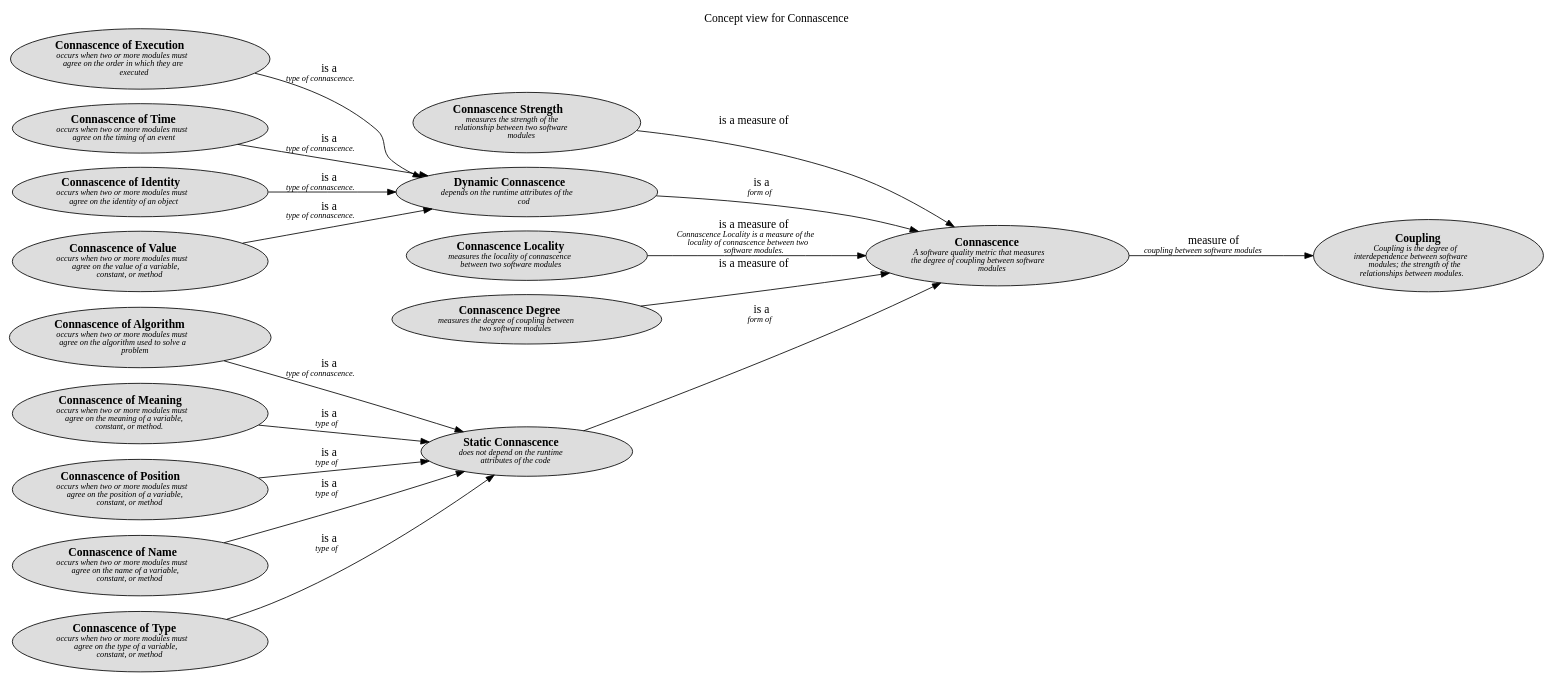
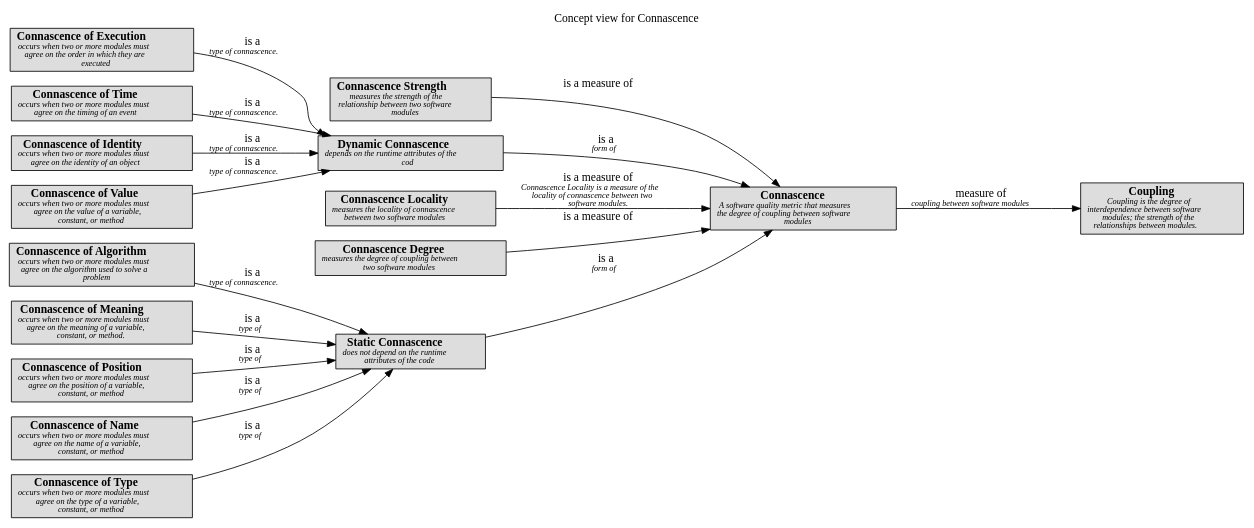
The diagram in docs/software-development/complexity/connascence/concept-view.dot (lsolbach/overarch-models), drawn with Graphviz before and after one commit. The commit also changed 57 other files, not shown here.

```diff
--- a/docs/software-development/complexity/connascence/concept-view.dot
+++ b/docs/software-development/complexity/connascence/concept-view.dot
@@ -1,42 +1,42 @@
 digraph "Concept view for Connascence" {
   labelloc= "t"
   label="Concept view for Connascence"
   rankdir="LR"
 
   layout=dot
-software_development_complexity_connascence__static_connascence [shape=ellipse style=filled fillcolor="#dddddd" label=<<B>Static Connascence</B><BR/><FONT POINT-SIZE="10"><I>does not depend on the runtime<BR/>attributes of the code </I></FONT>>]
-software_development_complexity_connascence__connascence_of_algorithm [shape=ellipse style=filled fillcolor="#dddddd" label=<<B>Connascence of Algorithm</B><BR/><FONT POINT-SIZE="10"><I>occurs when two or more modules must<BR/>agree on the algorithm used to solve a<BR/>problem </I></FONT>>]
-software_development_complexity__coupling [shape=ellipse style=filled fillcolor="#dddddd" label=<<B> Coupling </B><BR/><FONT POINT-SIZE="10"><I> Coupling is the degree of<BR/>interdependence between software<BR/>modules; the strength of the<BR/>relationships between modules. </I></FONT>>]
-software_development_complexity_connascence__connascence_strength [shape=ellipse style=filled fillcolor="#dddddd" label=<<B>Connascence Strength</B><BR/><FONT POINT-SIZE="10"><I>measures the strength of the<BR/>relationship between two software<BR/>modules </I></FONT>>]
-software_development_complexity_connascence__connascence_of_meaning [shape=ellipse style=filled fillcolor="#dddddd" label=<<B>Connascence of Meaning</B><BR/><FONT POINT-SIZE="10"><I>occurs when two or more modules must<BR/>agree on the meaning of a variable,<BR/>constant, or method. </I></FONT>>]
-software_development_complexity_connascence__dynamic_connascence [shape=ellipse style=filled fillcolor="#dddddd" label=<<B>Dynamic Connascence</B><BR/><FONT POINT-SIZE="10"><I>depends on the runtime attributes of the<BR/>cod </I></FONT>>]
-software_development_complexity_connascence__connascence_of_position [shape=ellipse style=filled fillcolor="#dddddd" label=<<B>Connascence of Position</B><BR/><FONT POINT-SIZE="10"><I>occurs when two or more modules must<BR/>agree on the position of a variable,<BR/>constant, or method </I></FONT>>]
-software_development_complexity_connascence__connascence_locality [shape=ellipse style=filled fillcolor="#dddddd" label=<<B>Connascence Locality</B><BR/><FONT POINT-SIZE="10"><I>measures the locality of connascence<BR/>between two software modules </I></FONT>>]
-software_development_complexity_connascence__connascence_of_name [shape=ellipse style=filled fillcolor="#dddddd" label=<<B>Connascence of Name</B><BR/><FONT POINT-SIZE="10"><I>occurs when two or more modules must<BR/>agree on the name of a variable,<BR/>constant, or method </I></FONT>>]
-software_development_complexity_connascence__connascence_degree [shape=ellipse style=filled fillcolor="#dddddd" label=<<B>Connascence Degree</B><BR/><FONT POINT-SIZE="10"><I>measures the degree of coupling between<BR/>two software modules </I></FONT>>]
-software_development_complexity_connascence__connascence_of_type [shape=ellipse style=filled fillcolor="#dddddd" label=<<B>Connascence of Type</B><BR/><FONT POINT-SIZE="10"><I>occurs when two or more modules must<BR/>agree on the type of a variable,<BR/>constant, or method </I></FONT>>]
-software_development_complexity_connascence__connascence_of_execution [shape=ellipse style=filled fillcolor="#dddddd" label=<<B>Connascence of Execution</B><BR/><FONT POINT-SIZE="10"><I>occurs when two or more modules must<BR/>agree on the order in which they are<BR/>executed </I></FONT>>]
-software_development_complexity_connascence__connascence_of_time [shape=ellipse style=filled fillcolor="#dddddd" label=<<B>Connascence of Time</B><BR/><FONT POINT-SIZE="10"><I>occurs when two or more modules must<BR/>agree on the timing of an event </I></FONT>>]
-software_development_complexity_connascence__connascence_of_identity [shape=ellipse style=filled fillcolor="#dddddd" label=<<B>Connascence of Identity</B><BR/><FONT POINT-SIZE="10"><I>occurs when two or more modules must<BR/>agree on the identity of an object </I></FONT>>]
-software_development_complexity_connascence__connascence_of_value [shape=ellipse style=filled fillcolor="#dddddd" label=<<B>Connascence of Value</B><BR/><FONT POINT-SIZE="10"><I>occurs when two or more modules must<BR/>agree on the value of a variable,<BR/>constant, or method </I></FONT>>]
-software_development_complexity_connascence__connascence [shape=ellipse style=filled fillcolor="#dddddd" label=<<B>Connascence</B><BR/><FONT POINT-SIZE="10"><I>A software quality metric that measures<BR/>the degree of coupling between software<BR/>modules </I></FONT>>]
+software_development_complexity_connascence__static_connascence [shape=box style=filled fillcolor="#dddddd" label=<<B>Static Connascence</B><BR/><FONT POINT-SIZE="10"><I>does not depend on the runtime<BR/>attributes of the code </I></FONT>>]
+software_development_complexity_connascence__connascence_of_algorithm [shape=box style=filled fillcolor="#dddddd" label=<<B>Connascence of Algorithm</B><BR/><FONT POINT-SIZE="10"><I>occurs when two or more modules must<BR/>agree on the algorithm used to solve a<BR/>problem </I></FONT>>]
+software_development_complexity__coupling [shape=box style=filled fillcolor="#dddddd" label=<<B> Coupling </B><BR/><FONT POINT-SIZE="10"><I> Coupling is the degree of<BR/>interdependence between software<BR/>modules; the strength of the<BR/>relationships between modules. </I></FONT>>]
+software_development_complexity_connascence__connascence_strength [shape=box style=filled fillcolor="#dddddd" label=<<B>Connascence Strength</B><BR/><FONT POINT-SIZE="10"><I>measures the strength of the<BR/>relationship between two software<BR/>modules </I></FONT>>]
+software_development_complexity_connascence__connascence_of_meaning [shape=box style=filled fillcolor="#dddddd" label=<<B>Connascence of Meaning</B><BR/><FONT POINT-SIZE="10"><I>occurs when two or more modules must<BR/>agree on the meaning of a variable,<BR/>constant, or method. </I></FONT>>]
+software_development_complexity_connascence__dynamic_connascence [shape=box style=filled fillcolor="#dddddd" label=<<B>Dynamic Connascence</B><BR/><FONT POINT-SIZE="10"><I>depends on the runtime attributes of the<BR/>cod </I></FONT>>]
+software_development_complexity_connascence__connascence_of_position [shape=box style=filled fillcolor="#dddddd" label=<<B>Connascence of Position</B><BR/><FONT POINT-SIZE="10"><I>occurs when two or more modules must<BR/>agree on the position of a variable,<BR/>constant, or method </I></FONT>>]
+software_development_complexity_connascence__connascence_locality [shape=box style=filled fillcolor="#dddddd" label=<<B>Connascence Locality</B><BR/><FONT POINT-SIZE="10"><I>measures the locality of connascence<BR/>between two software modules </I></FONT>>]
+software_development_complexity_connascence__connascence_of_name [shape=box style=filled fillcolor="#dddddd" label=<<B>Connascence of Name</B><BR/><FONT POINT-SIZE="10"><I>occurs when two or more modules must<BR/>agree on the name of a variable,<BR/>constant, or method </I></FONT>>]
+software_development_complexity_connascence__connascence_degree [shape=box style=filled fillcolor="#dddddd" label=<<B>Connascence Degree</B><BR/><FONT POINT-SIZE="10"><I>measures the degree of coupling between<BR/>two software modules </I></FONT>>]
+software_development_complexity_connascence__connascence_of_type [shape=box style=filled fillcolor="#dddddd" label=<<B>Connascence of Type</B><BR/><FONT POINT-SIZE="10"><I>occurs when two or more modules must<BR/>agree on the type of a variable,<BR/>constant, or method </I></FONT>>]
+software_development_complexity_connascence__connascence_of_execution [shape=box style=filled fillcolor="#dddddd" label=<<B>Connascence of Execution</B><BR/><FONT POINT-SIZE="10"><I>occurs when two or more modules must<BR/>agree on the order in which they are<BR/>executed </I></FONT>>]
+software_development_complexity_connascence__connascence_of_time [shape=box style=filled fillcolor="#dddddd" label=<<B>Connascence of Time</B><BR/><FONT POINT-SIZE="10"><I>occurs when two or more modules must<BR/>agree on the timing of an event </I></FONT>>]
+software_development_complexity_connascence__connascence_of_identity [shape=box style=filled fillcolor="#dddddd" label=<<B>Connascence of Identity</B><BR/><FONT POINT-SIZE="10"><I>occurs when two or more modules must<BR/>agree on the identity of an object </I></FONT>>]
+software_development_complexity_connascence__connascence_of_value [shape=box style=filled fillcolor="#dddddd" label=<<B>Connascence of Value</B><BR/><FONT POINT-SIZE="10"><I>occurs when two or more modules must<BR/>agree on the value of a variable,<BR/>constant, or method </I></FONT>>]
+software_development_complexity_connascence__connascence [shape=box style=filled fillcolor="#dddddd" label=<<B>Connascence</B><BR/><FONT POINT-SIZE="10"><I>A software quality metric that measures<BR/>the degree of coupling between software<BR/>modules </I></FONT>>]
  
 software_development_complexity_connascence__connascence_of_value -> software_development_complexity_connascence__dynamic_connascence [label=<is a<BR/><FONT POINT-SIZE="10"><I>type of connascence. </I></FONT>>]
 software_development_complexity_connascence__dynamic_connascence -> software_development_complexity_connascence__connascence [label=<is a<BR/><FONT POINT-SIZE="10"><I>form of </I></FONT>>]
 software_development_complexity_connascence__connascence_of_type -> software_development_complexity_connascence__static_connascence [label=<is a<BR/><FONT POINT-SIZE="10"><I>type of </I></FONT>>]
 software_development_complexity_connascence__connascence_of_name -> software_development_complexity_connascence__static_connascence [label=<is a<BR/><FONT POINT-SIZE="10"><I>type of </I></FONT>>]
 software_development_complexity_connascence__connascence_degree -> software_development_complexity_connascence__connascence [label=<is a measure of<BR/><FONT POINT-SIZE="10"><I> </I></FONT>>]
 software_development_complexity_connascence__connascence_of_algorithm -> software_development_complexity_connascence__static_connascence [label=<is a<BR/><FONT POINT-SIZE="10"><I>type of connascence. </I></FONT>>]
 software_development_complexity_connascence__connascence_of_meaning -> software_development_complexity_connascence__static_connascence [label=<is a<BR/><FONT POINT-SIZE="10"><I>type of </I></FONT>>]
 software_development_complexity_connascence__connascence_of_time -> software_development_complexity_connascence__dynamic_connascence [label=<is a<BR/><FONT POINT-SIZE="10"><I>type of connascence. </I></FONT>>]
 software_development_complexity_connascence__connascence -> software_development_complexity__coupling [label=<measure of<BR/><FONT POINT-SIZE="10"><I>coupling between software modules </I></FONT>>]
 software_development_complexity_connascence__static_connascence -> software_development_complexity_connascence__connascence [label=<is a<BR/><FONT POINT-SIZE="10"><I>form of </I></FONT>>]
 software_development_complexity_connascence__connascence_strength -> software_development_complexity_connascence__connascence [label=<is a measure of<BR/><FONT POINT-SIZE="10"><I> </I></FONT>>]
 software_development_complexity_connascence__connascence_of_execution -> software_development_complexity_connascence__dynamic_connascence [label=<is a<BR/><FONT POINT-SIZE="10"><I>type of connascence. </I></FONT>>]
 software_development_complexity_connascence__connascence_locality -> software_development_complexity_connascence__connascence [label=<is a measure of<BR/><FONT POINT-SIZE="10"><I>Connascence Locality is a measure of the<BR/>locality of connascence between two<BR/>software modules. </I></FONT>>]
 software_development_complexity_connascence__connascence_of_identity -> software_development_complexity_connascence__dynamic_connascence [label=<is a<BR/><FONT POINT-SIZE="10"><I>type of connascence. </I></FONT>>]
 software_development_complexity_connascence__connascence_of_position -> software_development_complexity_connascence__static_connascence [label=<is a<BR/><FONT POINT-SIZE="10"><I>type of </I></FONT>>]
  
 }
 
 // (generated by Overarch with template views/view.dot.cmb)
```
